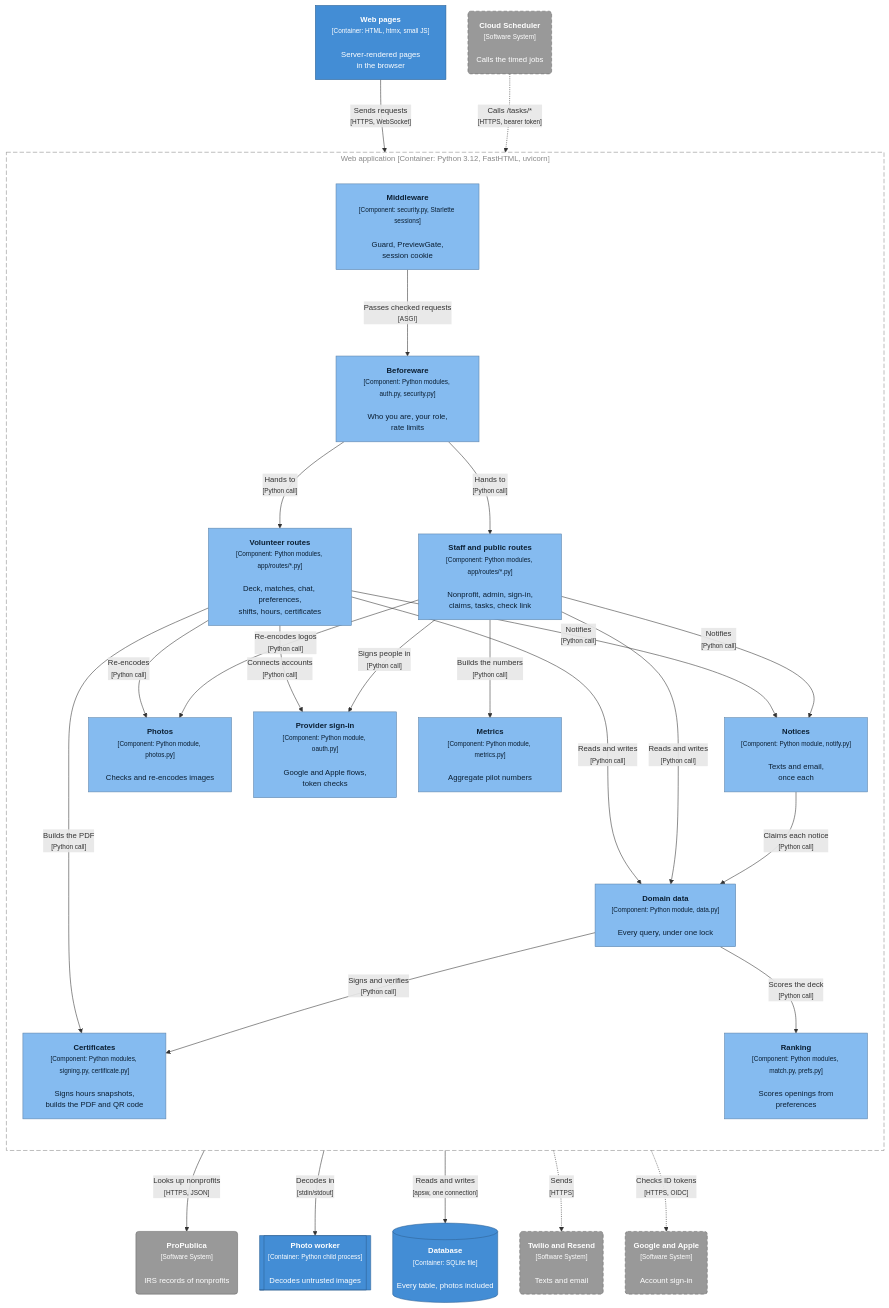
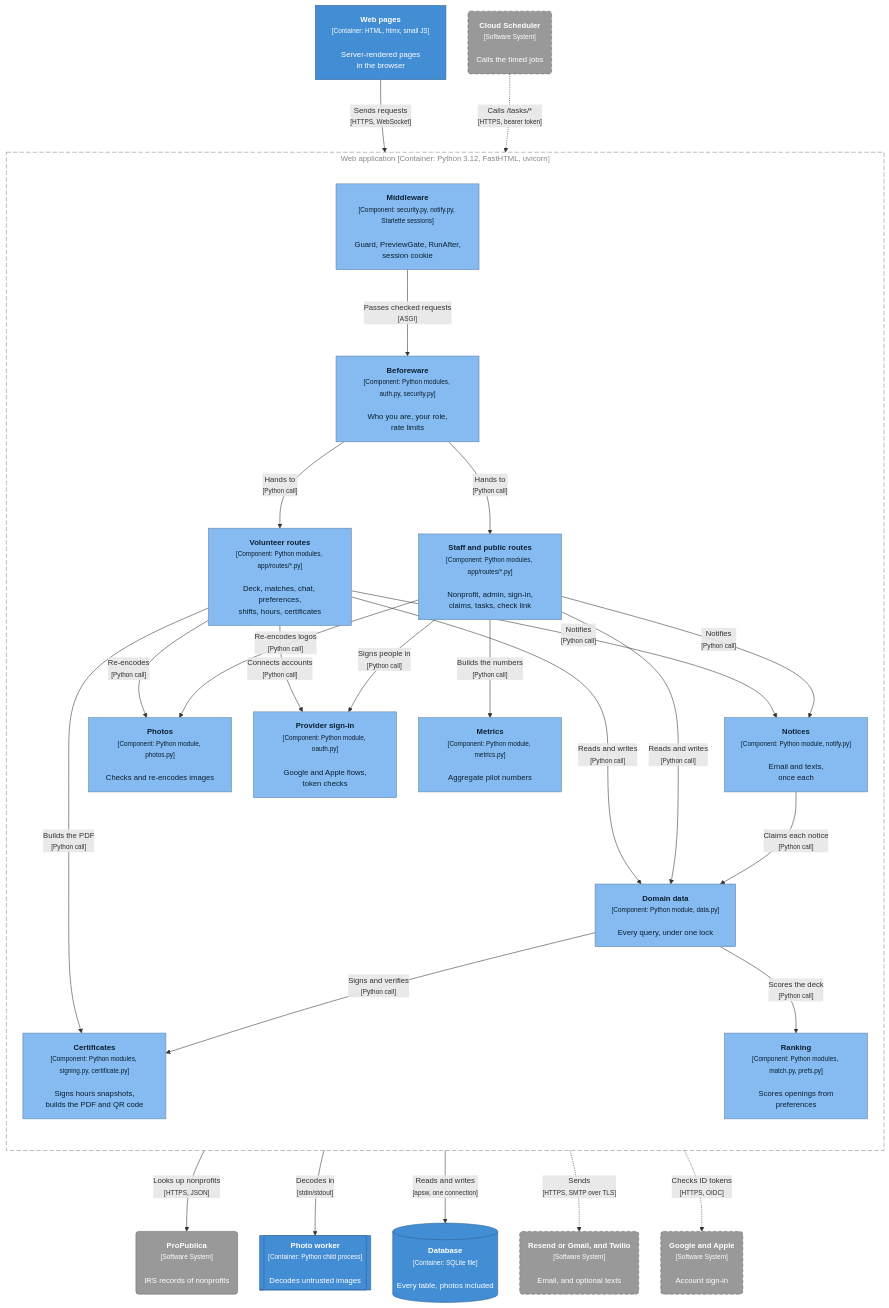
Before and after one commit to slegroux/causematch: the fourth of 26 diagrams in docs/ARCHITECTURE.md, drawn with Mermaid. The commit also changed other lines of this file, not shown here.

First line of the commit message:
Architecture doc: up to date with main through #39

````diff
--- a/docs/ARCHITECTURE.md
+++ b/docs/ARCHITECTURE.md
@@ -214,61 +215,61 @@
 ```mermaid
 %%{init: {"flowchart": {"curve": "basis", "nodeSpacing": 40, "rankSpacing": 90}, "themeVariables": {"fontFamily": "Helvetica, Arial, sans-serif", "fontSize": "14px"}}}%%
 flowchart TB
     ui["<b>Web pages</b><br/><small>[Container: HTML, htmx, small JS]</small><br/><br/>Server-rendered pages<br/>in the browser"]
 
     subgraph app["Web application [Container: Python 3.12, FastHTML, uvicorn]"]
         direction TB
-        mw["<b>Middleware</b><br/><small>[Component: security.py, Starlette sessions]</small><br/><br/>Guard, PreviewGate,<br/>session cookie"]
+        mw["<b>Middleware</b><br/><small>[Component: security.py, notify.py, Starlette sessions]</small><br/><br/>Guard, PreviewGate, RunAfter,<br/>session cookie"]
         bw["<b>Beforeware</b><br/><small>[Component: Python modules, auth.py, security.py]</small><br/><br/>Who you are, your role,<br/>rate limits"]
         rv["<b>Volunteer routes</b><br/><small>[Component: Python modules, app/routes/*.py]</small><br/><br/>Deck, matches, chat, preferences,<br/>shifts, hours, certificates"]
         rs["<b>Staff and public routes</b><br/><small>[Component: Python modules, app/routes/*.py]</small><br/><br/>Nonprofit, admin, sign-in,<br/>claims, tasks, check link"]
         data["<b>Domain data</b><br/><small>[Component: Python module, data.py]</small><br/><br/>Every query, under one lock"]
         rank["<b>Ranking</b><br/><small>[Component: Python modules, match.py, prefs.py]</small><br/><br/>Scores openings from<br/>preferences"]
-        notify["<b>Notices</b><br/><small>[Component: Python module, notify.py]</small><br/><br/>Texts and email,<br/>once each"]
+        notify["<b>Notices</b><br/><small>[Component: Python module, notify.py]</small><br/><br/>Email and texts,<br/>once each"]
         photos["<b>Photos</b><br/><small>[Component: Python module, photos.py]</small><br/><br/>Checks and re-encodes images"]
         oauth["<b>Provider sign-in</b><br/><small>[Component: Python module, oauth.py]</small><br/><br/>Google and Apple flows,<br/>token checks"]
         metrics["<b>Metrics</b><br/><small>[Component: Python module, metrics.py]</small><br/><br/>Aggregate pilot numbers"]
         cert["<b>Certificates</b><br/><small>[Component: Python modules, signing.py, certificate.py]</small><br/><br/>Signs hours snapshots,<br/>builds the PDF and QR code"]
     end
 
     worker[["<b>Photo worker</b><br/><small>[Container: Python child process]</small><br/><br/>Decodes untrusted images"]]
     db[("<b>Database</b><br/><small>[Container: SQLite file]</small><br/><br/>Every table, photos included")]
-    msg("<b>Twilio and Resend</b><br/><small>[Software System]</small><br/><br/>Texts and email")
+    msg("<b>Resend or Gmail, and Twilio</b><br/><small>[Software System]</small><br/><br/>Email, and optional texts")
     idp("<b>Google and Apple</b><br/><small>[Software System]</small><br/><br/>Account sign-in")
     pp("<b>ProPublica</b><br/><small>[Software System]</small><br/><br/>IRS records of nonprofits")
     sched("<b>Cloud Scheduler</b><br/><small>[Software System]</small><br/><br/>Calls the timed jobs")
 
     ui -- "Sends requests<br/><small>[HTTPS, WebSocket]</small>" --> mw
     sched -. "Calls /tasks/*<br/><small>[HTTPS, bearer token]</small>" .-> mw
     mw -- "Passes checked requests<br/><small>[ASGI]</small>" --> bw
     bw -- "Hands to<br/><small>[Python call]</small>" --> rv
     bw -- "Hands to<br/><small>[Python call]</small>" --> rs
     rv -- "Reads and writes<br/><small>[Python call]</small>" --> data
     rs -- "Reads and writes<br/><small>[Python call]</small>" --> data
     rv -- "Notifies<br/><small>[Python call]</small>" --> notify
     rs -- "Notifies<br/><small>[Python call]</small>" --> notify
     rv -- "Re-encodes<br/><small>[Python call]</small>" --> photos
     rs -- "Re-encodes logos<br/><small>[Python call]</small>" --> photos
     rv -- "Connects accounts<br/><small>[Python call]</small>" --> oauth
     rs -- "Signs people in<br/><small>[Python call]</small>" --> oauth
     rs -- "Builds the numbers<br/><small>[Python call]</small>" --> metrics
     rv -- "Builds the PDF<br/><small>[Python call]</small>" --> cert
     rs -- "Looks up nonprofits<br/><small>[HTTPS, JSON]</small>" --> pp
     data -- "Scores the deck<br/><small>[Python call]</small>" --> rank
     data -- "Signs and verifies<br/><small>[Python call]</small>" --> cert
     notify -- "Claims each notice<br/><small>[Python call]</small>" --> data
     photos -- "Decodes in<br/><small>[stdin/stdout]</small>" --> worker
     data -- "Reads and writes<br/><small>[apsw, one connection]</small>" --> db
-    notify -. "Sends<br/><small>[HTTPS]</small>" .-> msg
+    notify -. "Sends<br/><small>[HTTPS, SMTP over TLS]</small>" .-> msg
     oauth -. "Checks ID tokens<br/><small>[HTTPS, OIDC]</small>" .-> idp
 
     classDef container fill:#438dd5,stroke:#2e6295,color:#ffffff
     classDef component fill:#85bbf0,stroke:#5d82a8,color:#0b1f33
     classDef external fill:#999999,stroke:#6b6b6b,color:#ffffff
     classDef planned fill:#999999,stroke:#6b6b6b,color:#ffffff,stroke-dasharray:6 4
     class ui,worker,db container
     class mw,bw,rv,rs,data,rank,notify,photos,oauth,metrics,cert component
     class pp external
     class msg,idp,sched planned
     style app fill:none,stroke:#888888,stroke-dasharray:8 4,color:#888888
 ```
````
